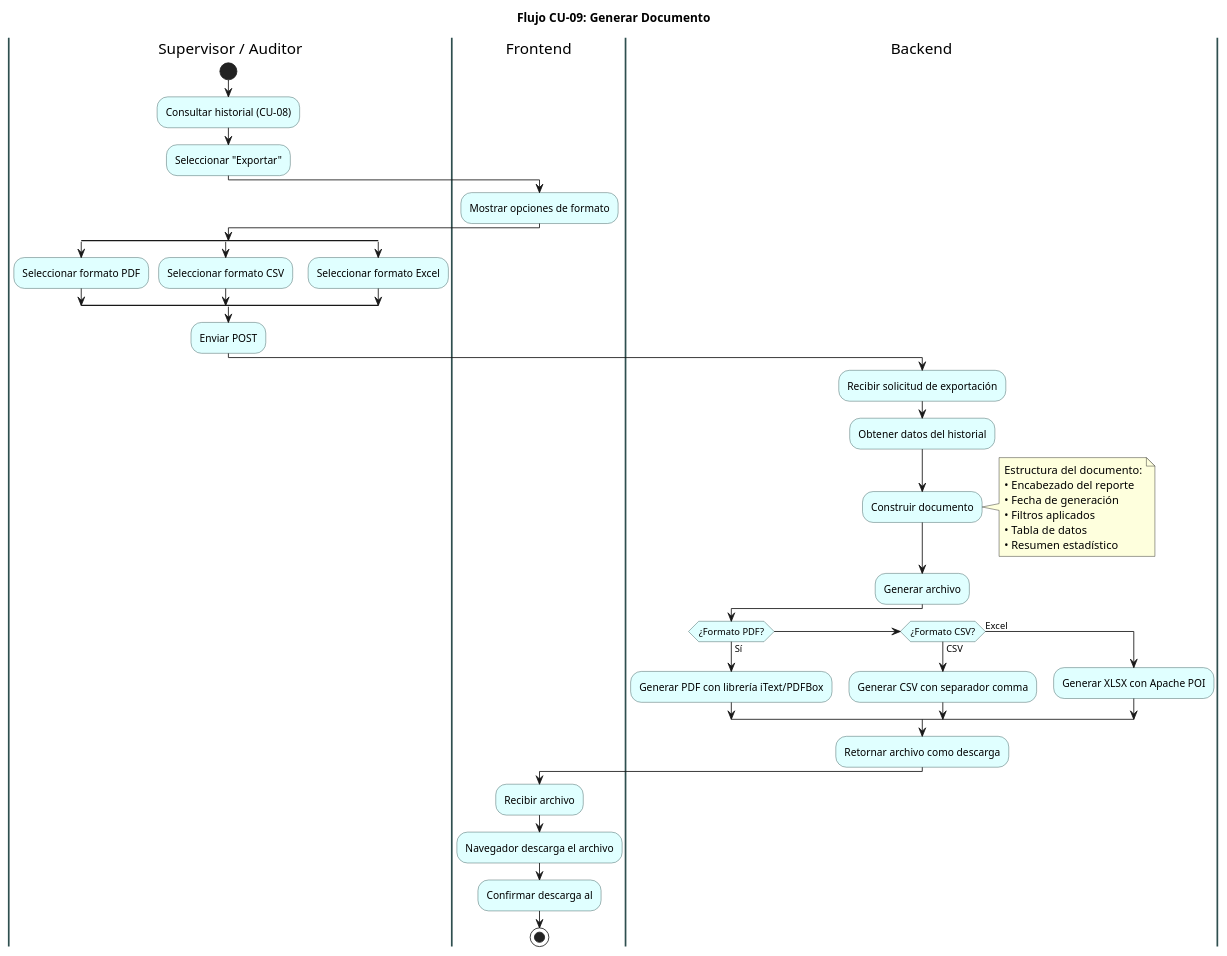
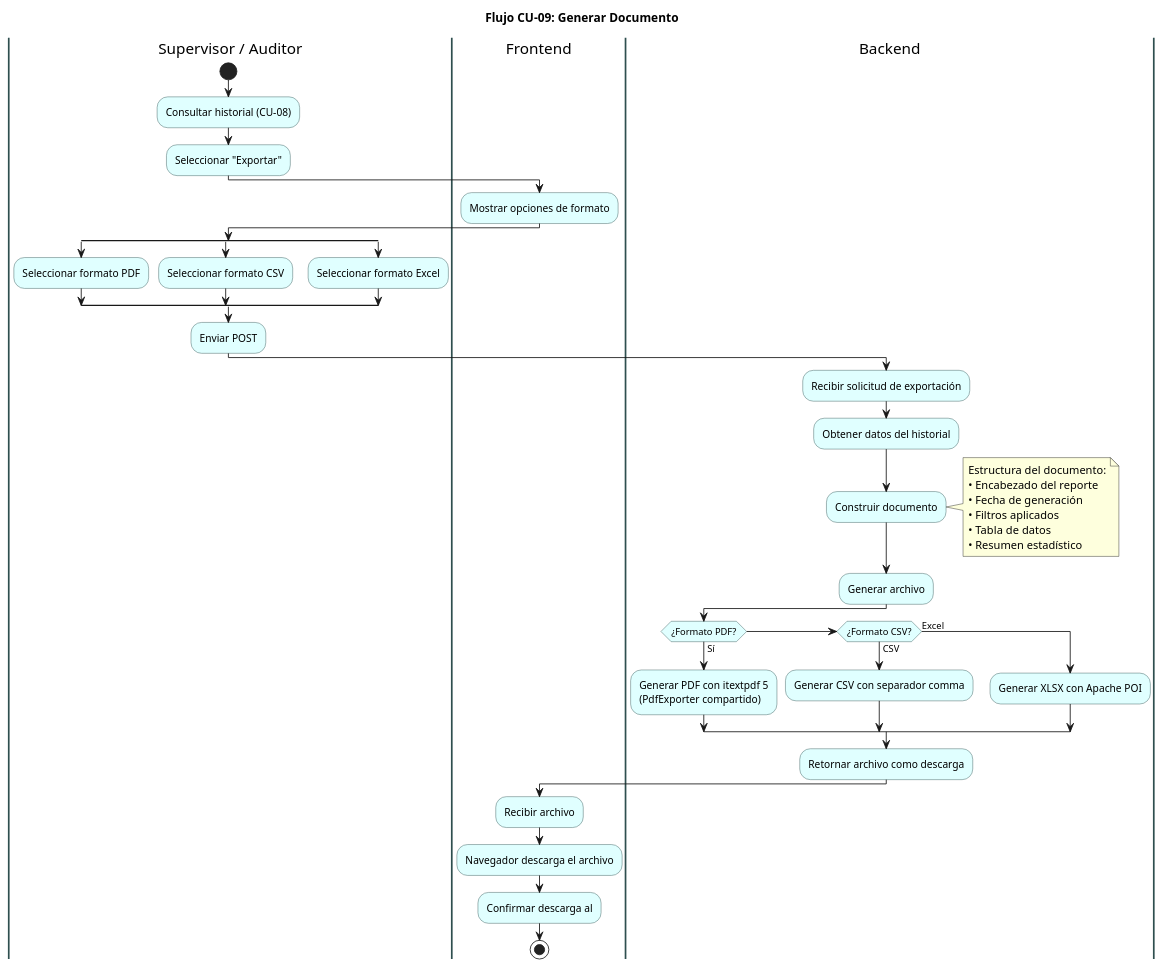
Before and after one commit to ElianMMCode/Zone-Control: the diagram in docs/diagramas/flujo/14_flujo_documento_descargable.puml, drawn with PlantUML. The commit also changed 7 other files, not shown here.

First line of the commit message:
docs: Fase A complete - HUs 07/15/16/17, flows 13-15, plan §9

```diff
--- a/docs/diagramas/flujo/14_flujo_documento_descargable.puml
+++ b/docs/diagramas/flujo/14_flujo_documento_descargable.puml
@@ -1,72 +1,79 @@
 @startuml
 title Flujo CU-09: Generar Documento
 skinparam activity {
   BackgroundColor LightCyan
   BorderColor DarkSlateGray
 }
 skinparam swimlane {
   BorderColor DarkSlateGray
   BorderThickness 2
 }
 
 |Supervisor / Auditor|
 start
 :Consultar historial (CU-08);
 
 :Seleccionar "Exportar";
 
 |Frontend|
 :Mostrar opciones de formato;
 
 |Supervisor / Auditor|
 split
   :Seleccionar formato PDF;
 
 split again
   :Seleccionar formato CSV;
 
 split again
   :Seleccionar formato Excel;
 
 end split
 
   :Enviar POST;
 
 |Backend|
 :Recibir solicitud de exportación;
 
 :Obtener datos del historial;
 
 :Construir documento;
 
 note right
   Estructura del documento:
   • Encabezado del reporte
   • Fecha de generación
   • Filtros aplicados
   • Tabla de datos
   • Resumen estadístico
 end note
 
 :Generar archivo;
 
 if (¿Formato PDF?) then (Sí)
-  :Generar PDF con librería iText/PDFBox;
+  :Generar PDF con itextpdf 5\n(PdfExporter compartido);
 elseif (¿Formato CSV?) then (CSV)
   :Generar CSV con separador comma;
 else (Excel)
   :Generar XLSX con Apache POI;
 endif
+
+note right
+  Gap 1.1 §9 IMPLEMENTADO:
+  el formato PDF está disponible en
+  /api/historial/export y en el
+  archivo periódico.
+end note
 
 :Retornar archivo como descarga;
 
 |Frontend|
 :Recibir archivo;
 
 :Navegador descarga el archivo;
 
 :Confirmar descarga al;
 
 stop
 
 @enduml
```
